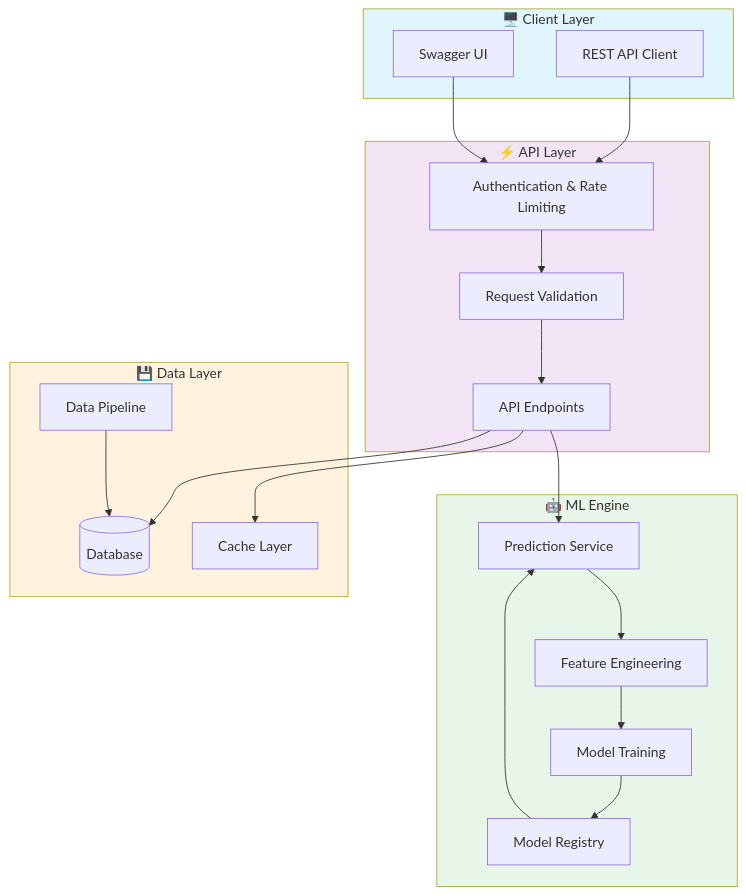
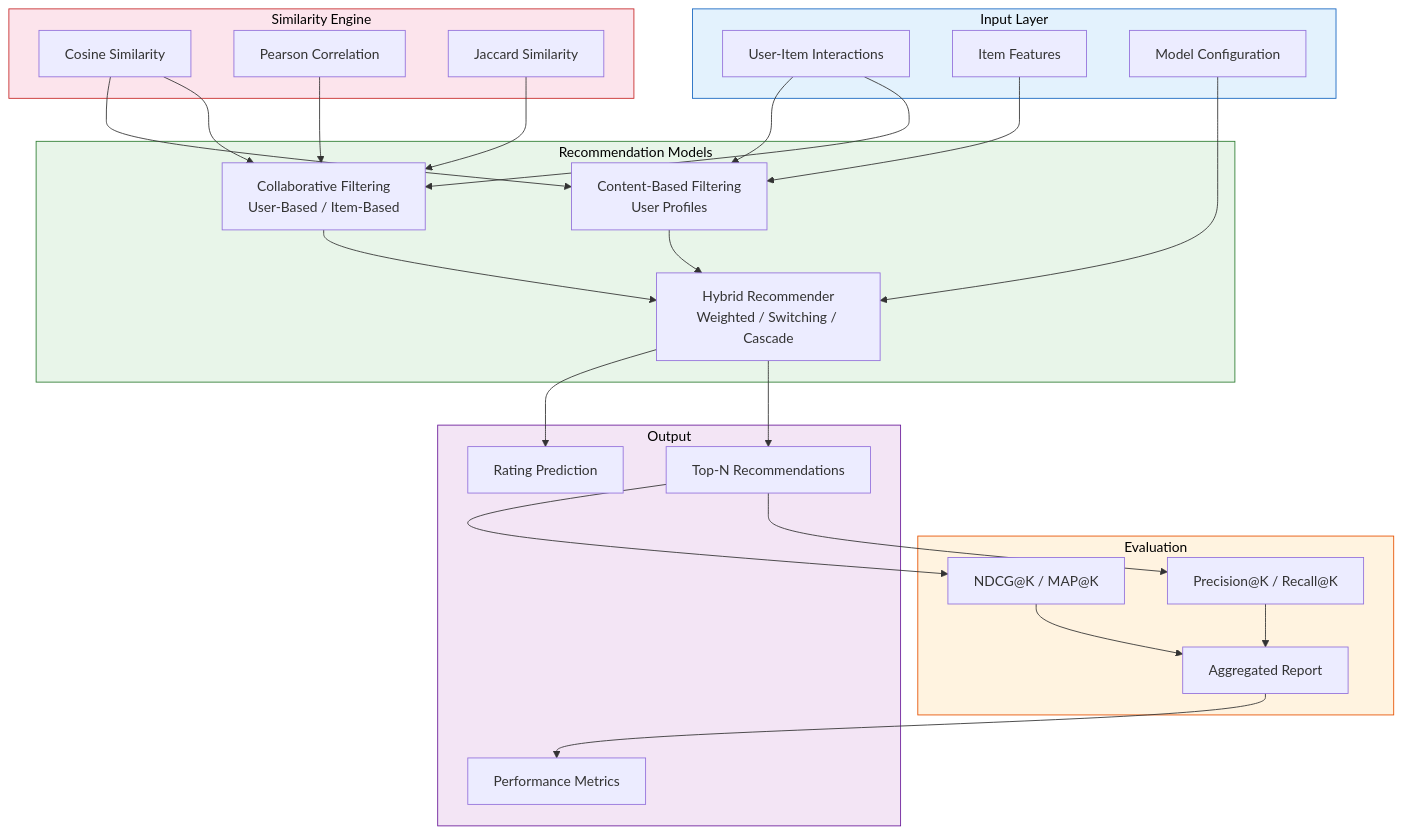
One commit to galafis/recommender-systems-engine changed the third of 4 diagrams in README.md. Above: the diagram before and after it, drawn with Mermaid. The commit also changed other lines of this file, not shown here.

````diff
--- a/README.md
+++ b/README.md
@@ -202,42 +316,60 @@
 ```mermaid
-graph TB
-    subgraph Client["🖥️ Client Layer"]
-        A[REST API Client]
-        B[Swagger UI]
+graph TD
+    subgraph INPUT["Input Layer"]
+        A[User-Item Interactions]
+        B[Item Features]
+        C[Model Configuration]
     end
-    
-    subgraph API["⚡ API Layer"]
-        C[Authentication & Rate Limiting]
-        D[Request Validation]
-        E[API Endpoints]
+
+    subgraph SIMILARITY["Similarity Engine"]
+        D[Cosine Similarity]
+        E[Pearson Correlation]
+        F[Jaccard Similarity]
     end
-    
-    subgraph ML["🤖 ML Engine"]
-        F[Feature Engineering]
-        G[Model Training]
-        H[Prediction Service]
-        I[Model Registry]
+
+    subgraph MODELS["Recommendation Models"]
+        G[Collaborative Filtering<br/>User-Based / Item-Based]
+        H[Content-Based Filtering<br/>User Profiles]
+        I[Hybrid Recommender<br/>Weighted / Switching / Cascade]
     end
-    
-    subgraph Data["💾 Data Layer"]
-        J[(Database)]
-        K[Cache Layer]
-        L[Data Pipeline]
+
+    subgraph EVAL["Evaluation"]
+        J["Precision@K / Recall@K"]
+        K["NDCG@K / MAP@K"]
+        L[Aggregated Report]
     end
-    
-    A --> C
-    B --> C
-    C --> D --> E
-    E --> H
-    E --> J
-    H --> F --> G
+
+    subgraph OUTPUT["Output"]
+        M[Top-N Recommendations]
+        N[Rating Prediction]
+        O[Performance Metrics]
+    end
+
+    A --> G
+    A --> H
+    B --> H
+    C --> I
+
+    D --> G
+    E --> G
+    F --> G
+    D --> H
+
     G --> I
-    I --> H
-    E --> K
-    L --> J
-    
-    style Client fill:#e1f5fe
-    style API fill:#f3e5f5
-    style ML fill:#e8f5e9
-    style Data fill:#fff3e0
+    H --> I
+
+    M --> J
+    M --> K
+    J --> L
+    K --> L
+
+    I --> M
+    I --> N
+    L --> O
+
+    style INPUT fill:#e3f2fd,stroke:#1565c0,color:#000
+    style SIMILARITY fill:#fce4ec,stroke:#c62828,color:#000
+    style MODELS fill:#e8f5e9,stroke:#2e7d32,color:#000
+    style EVAL fill:#fff3e0,stroke:#e65100,color:#000
+    style OUTPUT fill:#f3e5f5,stroke:#6a1b9a,color:#000
 ```
````
